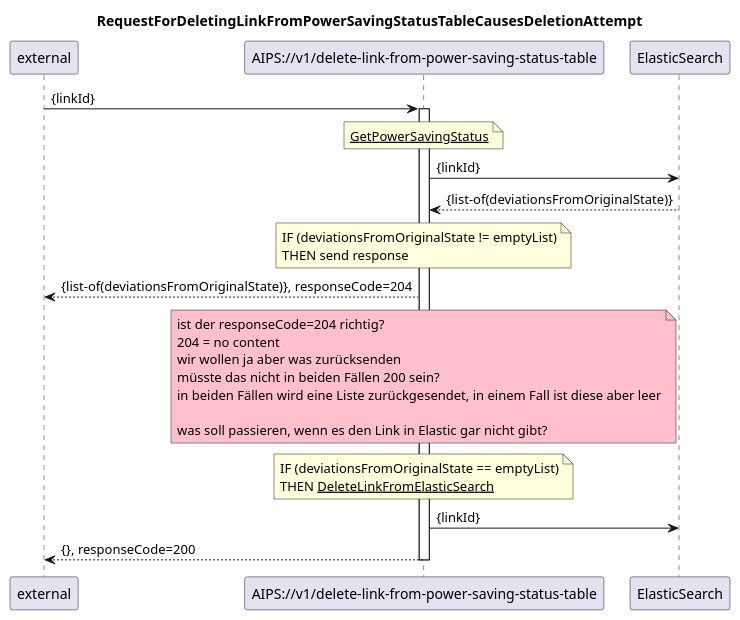
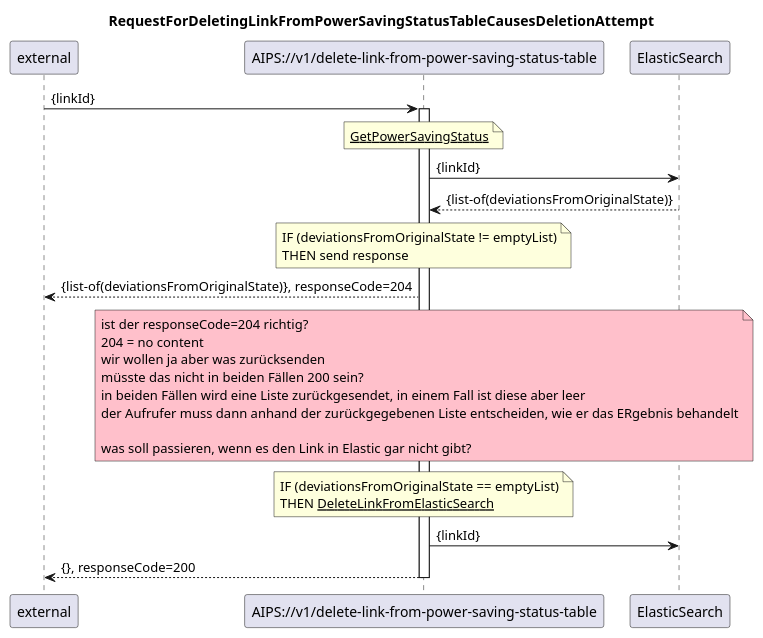
The diagram in spec/diagrams/07 Power Saving Status/705_deleteLinkFromPowerSavingStatusTable.plantuml (openBackhaul/AirInterfacePowerSaver), drawn with PlantUML before and after one commit. The commit also changed 2 other files, not shown here.

```diff
--- a/spec/diagrams/07 Power Saving Status/705_deleteLinkFromPowerSavingStatusTable.plantuml
+++ b/spec/diagrams/07 Power Saving Status/705_deleteLinkFromPowerSavingStatusTable.plantuml
@@ -1,54 +1,55 @@
 @startuml 705_deleteLinkFromPowerSavingStatusTable
 skinparam responseMessageBelowArrow true
 
 title
 RequestForDeletingLinkFromPowerSavingStatusTableCausesDeletionAttempt
 end title
 
 participant "external" as requestor
 participant "AIPS://v1/delete-link-from-power-saving-status-table" as delete
 participant "ElasticSearch" as es
 
 requestor -> delete: {linkId}
 activate delete
 
 'get all linkIds from power saving status table
 note over delete
   <u>GetPowerSavingStatus</u>
 end note
 delete -> es: {linkId}
 es --> delete: {list-of(deviationsFromOriginalState)} 
 
 note over delete
     IF (deviationsFromOriginalState != emptyList)
     THEN send response
 end note
 delete --> requestor: {list-of(deviationsFromOriginalState)}, responseCode=204
 
 note over delete #Pink
   ist der responseCode=204 richtig?
   204 = no content
   wir wollen ja aber was zurücksenden
   müsste das nicht in beiden Fällen 200 sein?
   in beiden Fällen wird eine Liste zurückgesendet, in einem Fall ist diese aber leer
+  der Aufrufer muss dann anhand der zurückgegebenen Liste entscheiden, wie er das ERgebnis behandelt
 
   was soll passieren, wenn es den Link in Elastic gar nicht gibt?
 end note
 
 
 'now cleanup
 note over delete
     IF (deviationsFromOriginalState == emptyList)
     THEN <u>DeleteLinkFromElasticSearch</u>
 end note
 delete -> es: {linkId}
 
 delete --> requestor: {}, responseCode=200
 
 
 
 
 
 deactivate delete 
 
 @enduml
```
